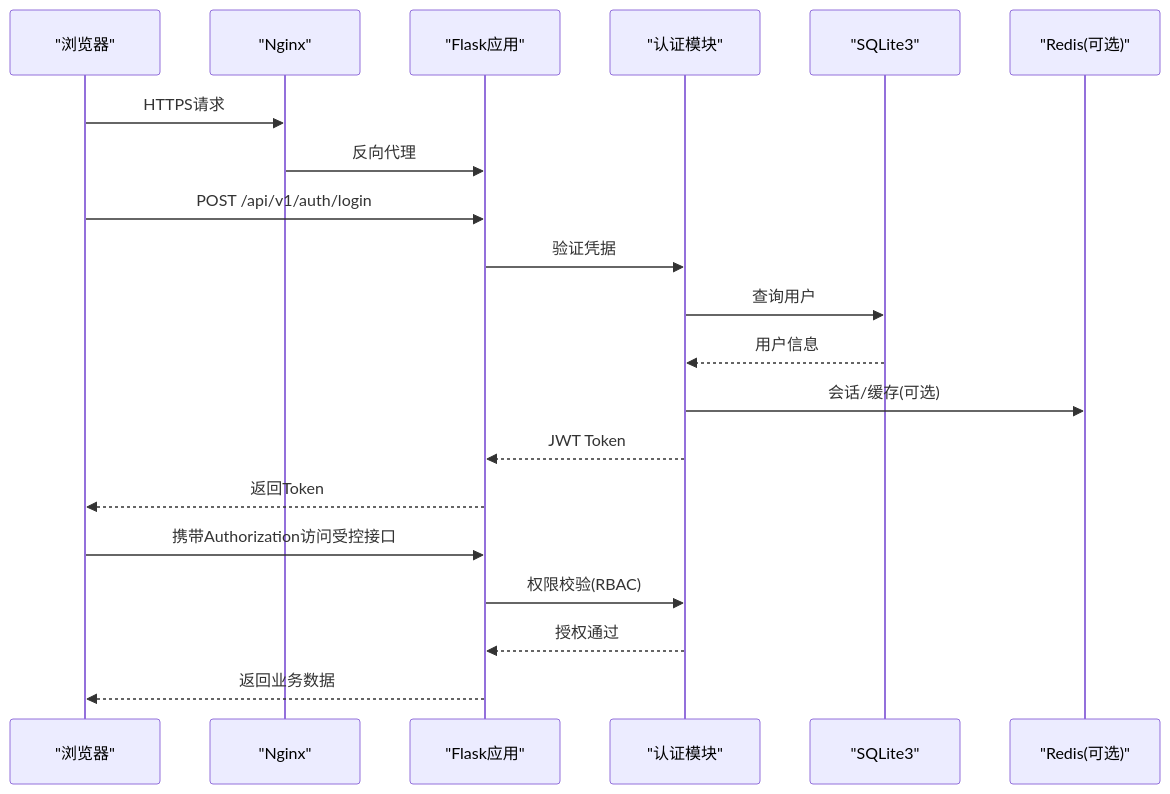
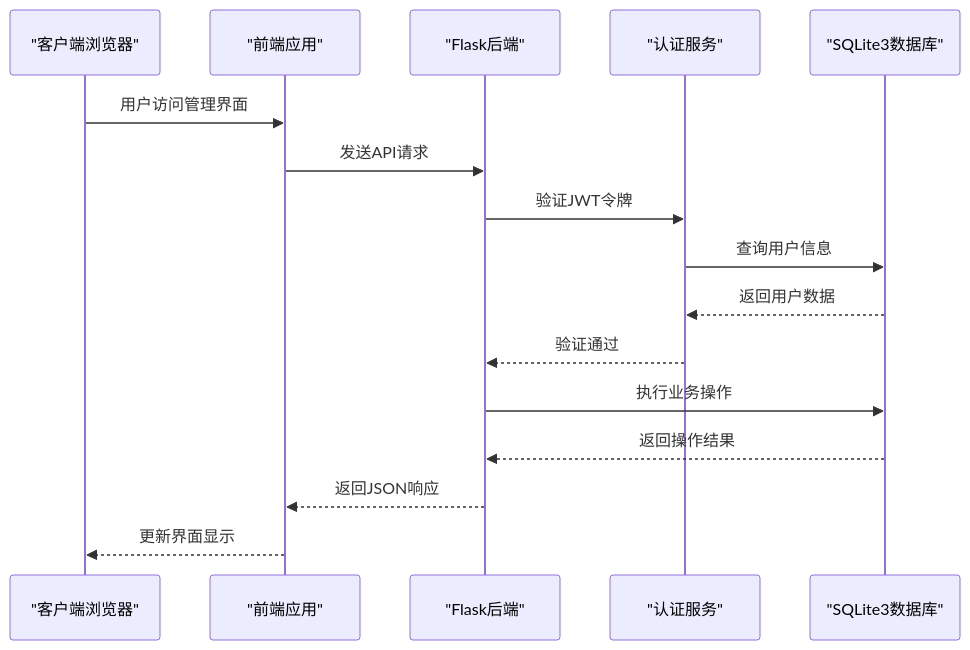
Before and after one commit to wyg5208/website_diy: the second of 15 diagrams in .qoder/repowiki/zh/content/后台管理系统/后台管理系统.md, drawn with Mermaid. The commit also changed other lines of this file and 43 other files, not shown here.

````diff
--- a/.qoder/repowiki/zh/content/后台管理系统/后台管理系统.md
+++ b/.qoder/repowiki/zh/content/后台管理系统/后台管理系统.md
@@ -87,22 +133,18 @@
 ```mermaid
 sequenceDiagram
-participant Browser as "浏览器"
-participant Nginx as "Nginx"
-participant Flask as "Flask应用"
-participant Auth as "认证模块"
-participant DB as "SQLite3"
-participant Cache as "Redis(可选)"
-Browser->>Nginx : HTTPS请求
-Nginx->>Flask : 反向代理
-Browser->>Flask : POST /api/v1/auth/login
-Flask->>Auth : 验证凭据
-Auth->>DB : 查询用户
-DB-->>Auth : 用户信息
-Auth->>Cache : 会话/缓存(可选)
-Auth-->>Flask : JWT Token
-Flask-->>Browser : 返回Token
-Browser->>Flask : 携带Authorization访问受控接口
-Flask->>Auth : 权限校验(RBAC)
-Auth-->>Flask : 授权通过
-Flask-->>Browser : 返回业务数据
+participant Client as "客户端浏览器"
+participant Frontend as "前端应用"
+participant Backend as "Flask后端"
+participant Auth as "认证服务"
+participant Database as "SQLite3数据库"
+Client->>Frontend : 用户访问管理界面
+Frontend->>Backend : 发送API请求
+Backend->>Auth : 验证JWT令牌
+Auth->>Database : 查询用户信息
+Database-->>Auth : 返回用户数据
+Auth-->>Backend : 验证通过
+Backend->>Database : 执行业务操作
+Database-->>Backend : 返回操作结果
+Backend-->>Frontend : 返回JSON响应
+Frontend-->>Client : 更新界面显示
 ```
````
